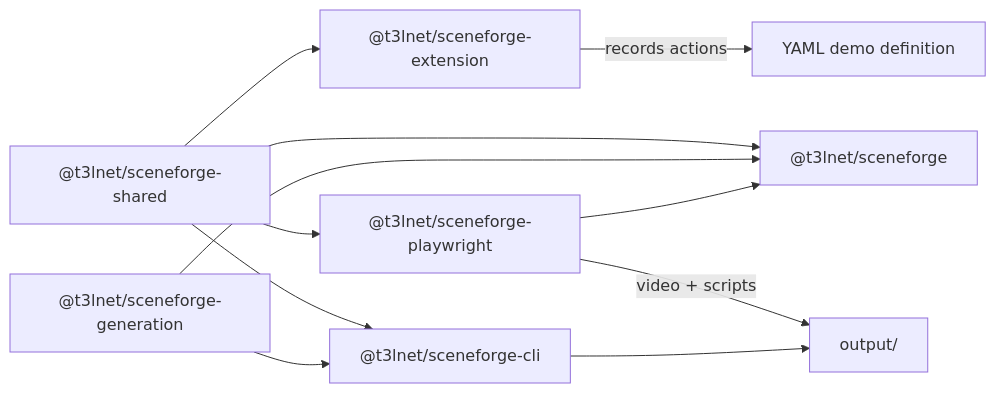
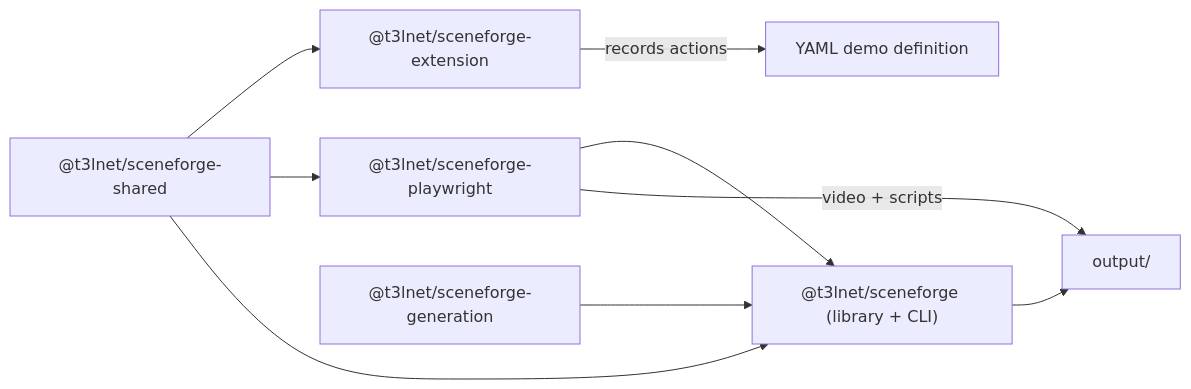
The first of 2 diagrams in README.md (jhandel/sceneforge), drawn with Mermaid before and after one commit. The commit also changed other lines of this file and 1 other file, not shown here.

Commit message:
docs: use bundled CLI in main package

````diff
--- a/README.md
+++ b/README.md
@@ -17,13 +17,11 @@
 ```mermaid
 flowchart LR
   Extension["@t3lnet/sceneforge-extension"] -->|"records actions"| YAML["YAML demo definition"]
   Shared["@t3lnet/sceneforge-shared"] --> Extension
   Shared --> Playwright["@t3lnet/sceneforge-playwright"]
-  Shared --> CLI["@t3lnet/sceneforge-cli"]
-  Generation["@t3lnet/sceneforge-generation"] --> CLI
-  Shared --> Library["@t3lnet/sceneforge"]
-  Generation --> Library
-  Playwright --> Library
+  Shared --> Package["@t3lnet/sceneforge (library + CLI)"]
+  Generation["@t3lnet/sceneforge-generation"] --> Package
+  Playwright --> Package
   Playwright -->|"video + scripts"| Output["output/"]
-  CLI --> Output
+  Package --> Output
 ```
````
